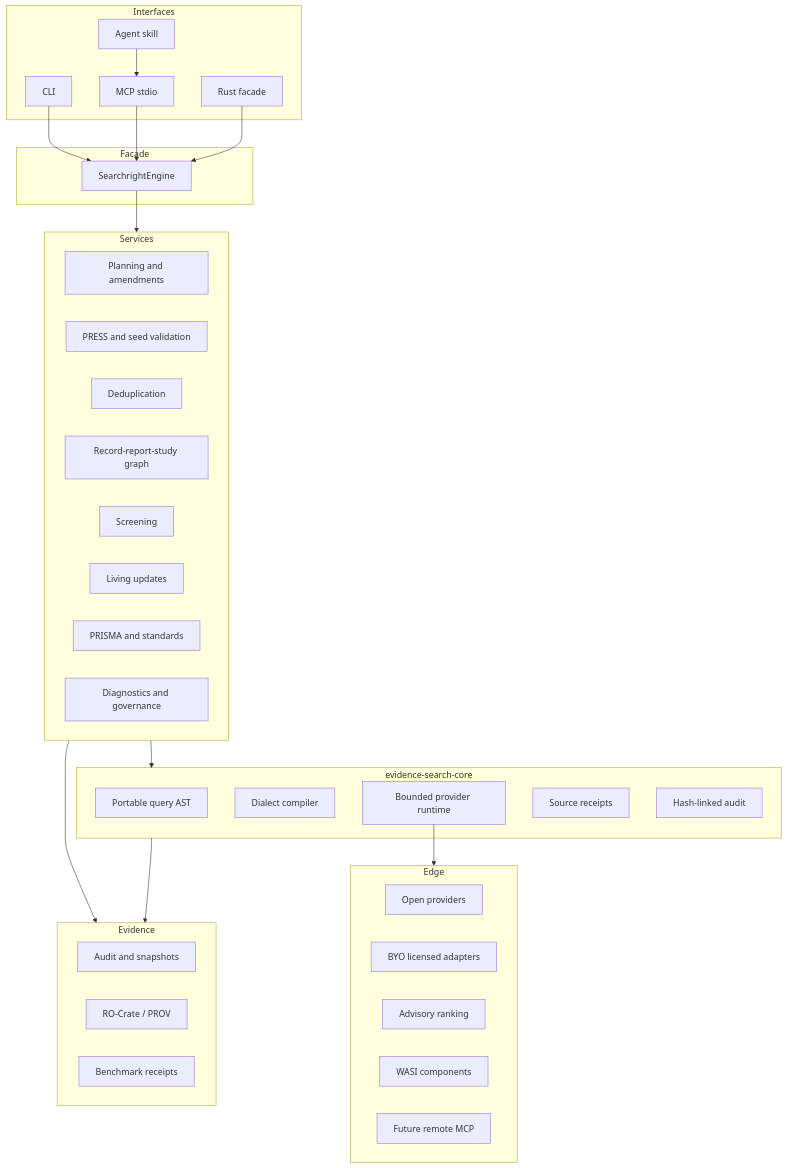
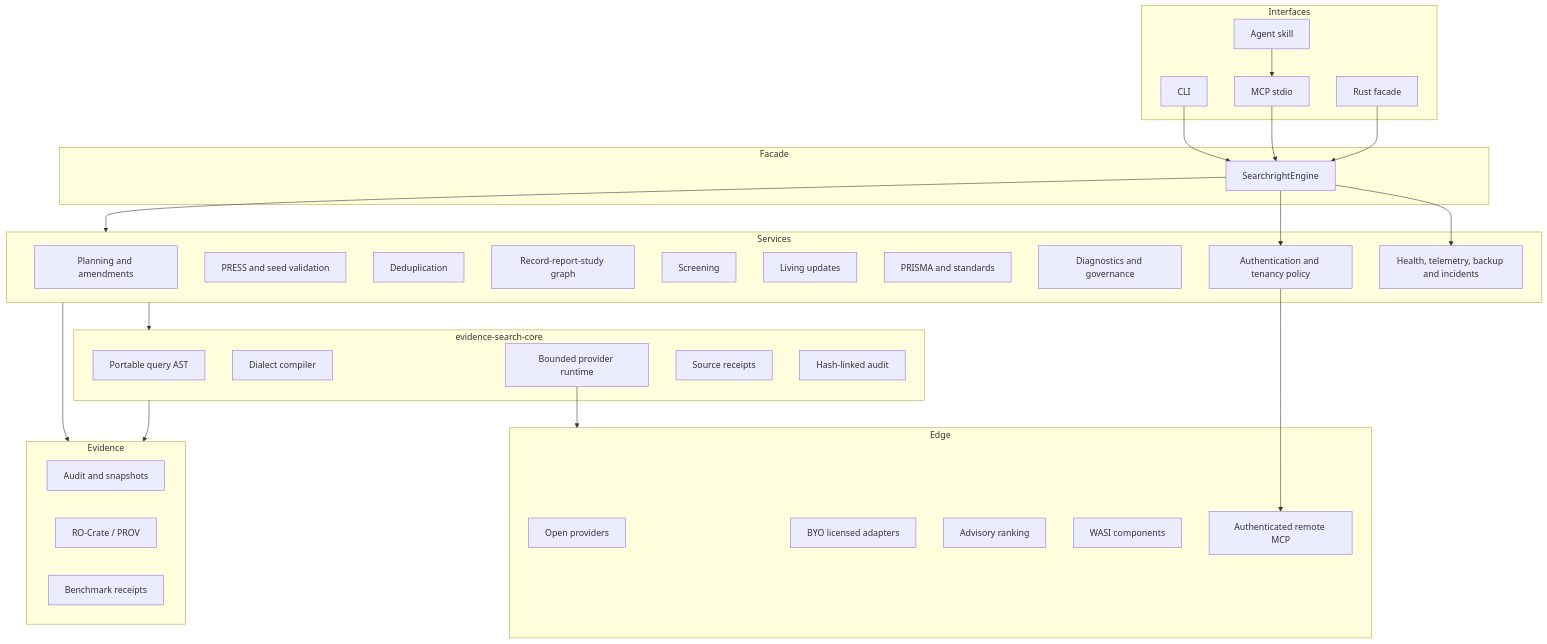
Before and after one commit to edithatogo/searchright: the first of 4 diagrams in docs/architecture.md, drawn with Mermaid. The commit also changed other lines of this file and 762 other files, not shown here.

Commit message:
feat: complete maturity roadmap and GitHub control plane

````diff
--- a/docs/architecture.md
+++ b/docs/architecture.md
@@ -9,51 +9,56 @@
 ```mermaid
 flowchart TB
   subgraph Interfaces
     CLI[CLI]
     MCP[MCP stdio]
     API[Rust facade]
     SKILL[Agent skill]
   end
   subgraph Facade
     ENGINE[SearchrightEngine]
   end
   subgraph Services
     PLAN[Planning and amendments]
     VALIDATE[PRESS and seed validation]
     DEDUP[Deduplication]
     STUDY[Record-report-study graph]
     SCREEN[Screening]
     LIVING[Living updates]
     REPORT[PRISMA and standards]
     GOV[Diagnostics and governance]
+    ACCESS[Authentication and tenancy policy]
+    OPS[Health, telemetry, backup and incidents]
   end
   subgraph Kernel[evidence-search-core]
     AST[Portable query AST]
     COMP[Dialect compiler]
     PROVIDER[Bounded provider runtime]
     RECEIPT[Source receipts]
     AUDIT[Hash-linked audit]
   end
   subgraph Edge
     OPEN[Open providers]
     LICENSED[BYO licensed adapters]
     RANK[Advisory ranking]
     WASI[WASI components]
-    REMOTE[Future remote MCP]
+    REMOTE[Authenticated remote MCP]
   end
   subgraph Evidence
     STORE[Audit and snapshots]
     RO[RO-Crate / PROV]
     BENCH[Benchmark receipts]
   end
 
   CLI --> ENGINE
   MCP --> ENGINE
   API --> ENGINE
   SKILL --> MCP
   ENGINE --> Services
   Services --> Kernel
+  ENGINE --> ACCESS
+  ENGINE --> OPS
+  ACCESS --> REMOTE
   PROVIDER --> Edge
   Services --> Evidence
   Kernel --> Evidence
 ```
````
